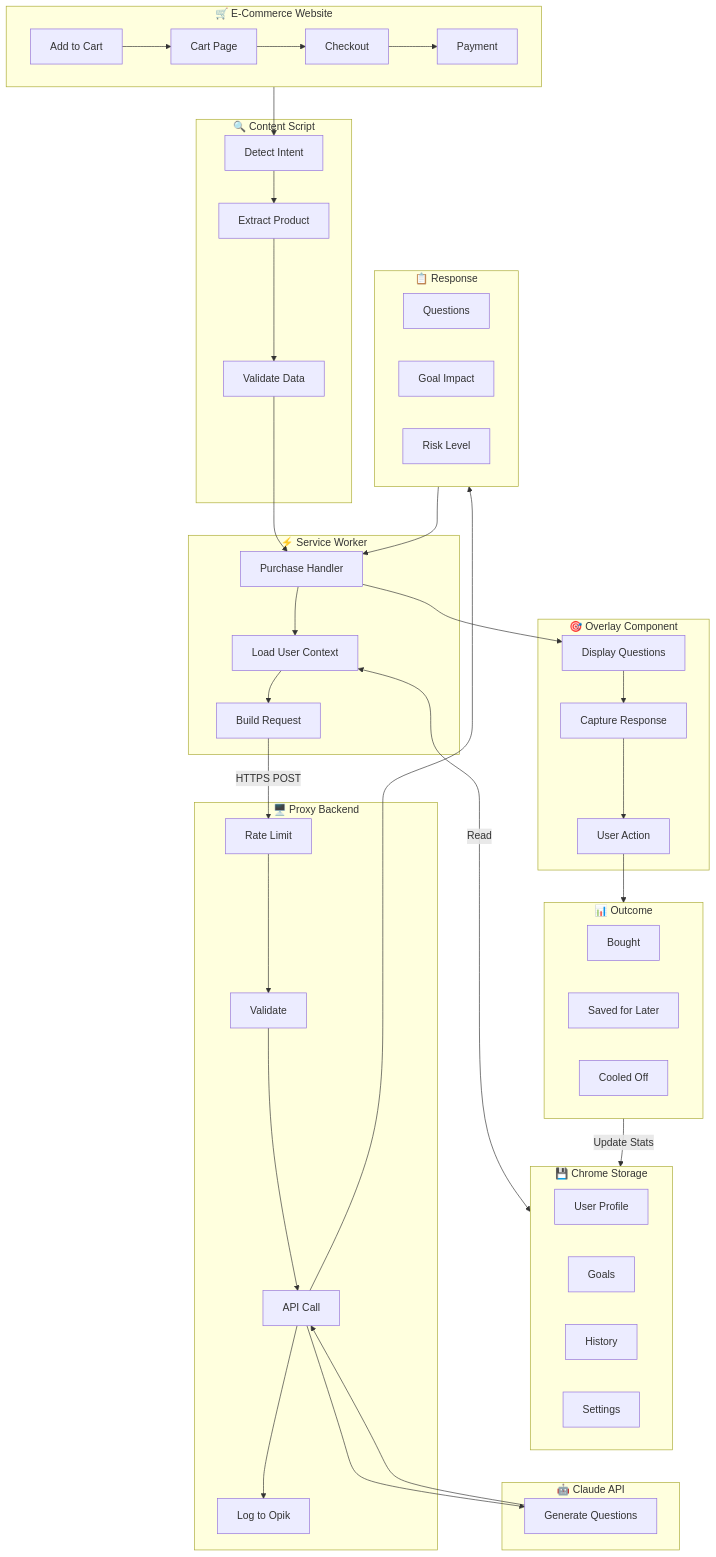
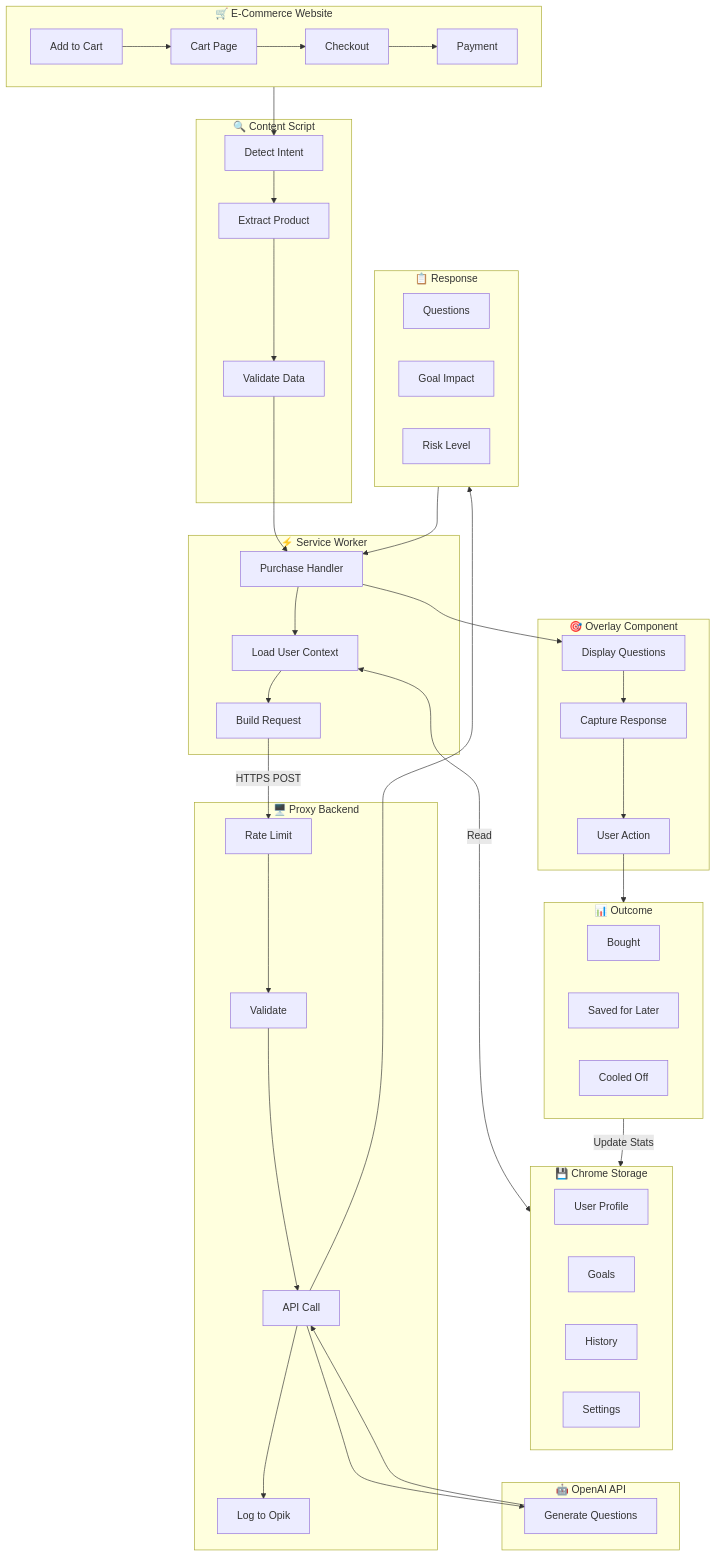
Before and after one commit to cnu/PauseBuy: the eighth of 12 diagrams in docs/PauseBuy_Technical_Architecture.md, drawn with Mermaid. The commit also changed other lines of this file and 8 other files, not shown here.

First line of the commit message:
refactor: switch from Claude Haiku to OpenAI GPT-5 Mini

```diff
--- a/docs/PauseBuy_Technical_Architecture.md
+++ b/docs/PauseBuy_Technical_Architecture.md
@@ -750,7 +750,7 @@
     Valid --> Call
     Call --> Log
     
-    subgraph Claude["🤖 Claude API"]
+    subgraph OpenAIAPI["🤖 OpenAI API"]
         Generate["Generate Questions"]
     end
     
```
